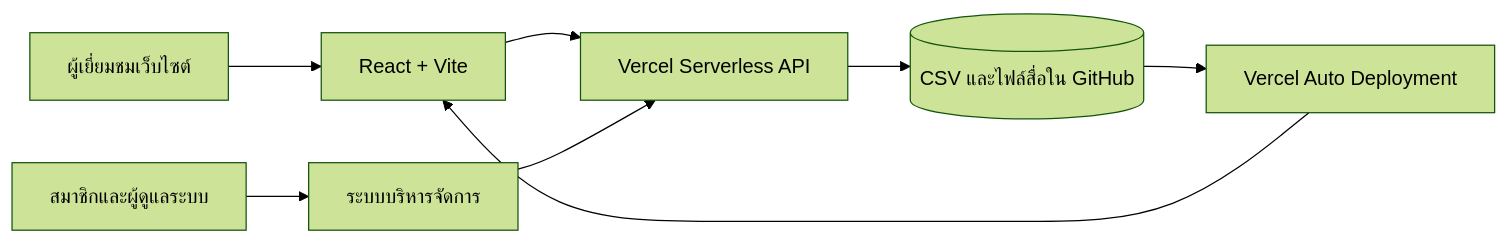
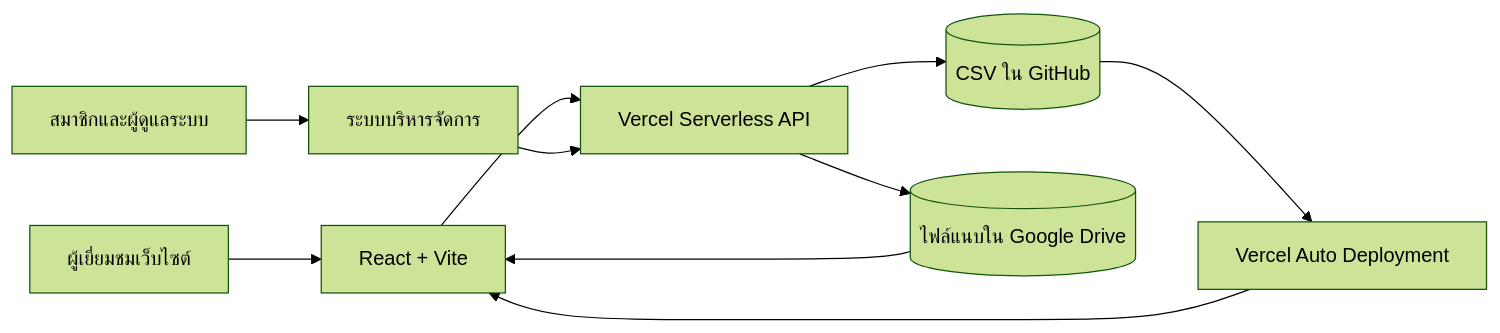
The diagram in README.md (boasnirut/np), drawn with Mermaid (forest theme) before and after one commit. The commit also changed other lines of this file and 10 other files, not shown here.

Commit message:
เพิ่มอัปโหลดไฟล์ผ่าน Google Drive

````diff
--- a/README.md
+++ b/README.md
@@ -25,10 +25,12 @@
 ```mermaid
 flowchart LR
     A[ผู้เยี่ยมชมเว็บไซต์] --> B[React + Vite]
     C[สมาชิกและผู้ดูแลระบบ] --> D[ระบบบริหารจัดการ]
     B --> E[Vercel Serverless API]
     D --> E
-    E --> F[(CSV และไฟล์สื่อใน GitHub)]
+    E --> F[(CSV ใน GitHub)]
+    E --> H[(ไฟล์แนบใน Google Drive)]
     F --> G[Vercel Auto Deployment]
     G --> B
+    H --> B
 ```
````
